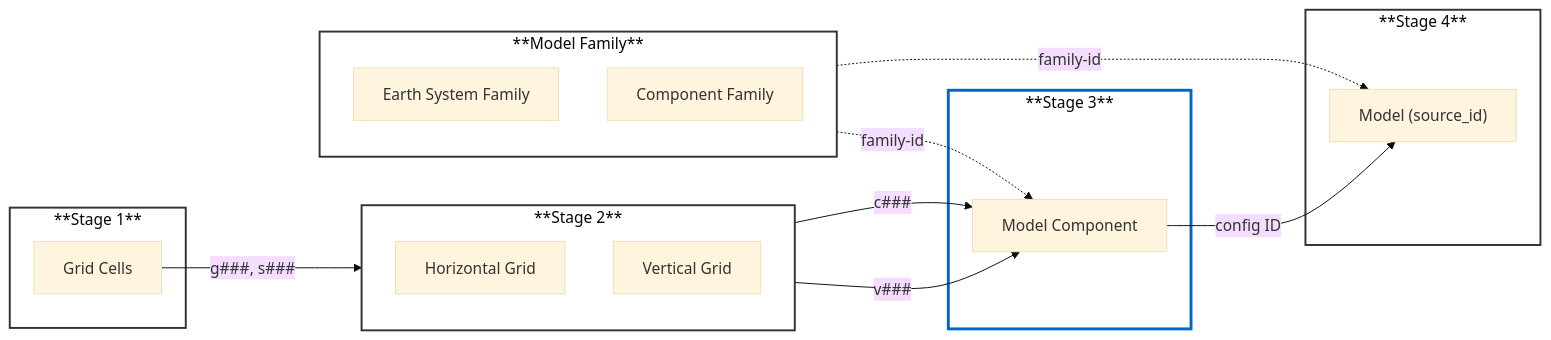
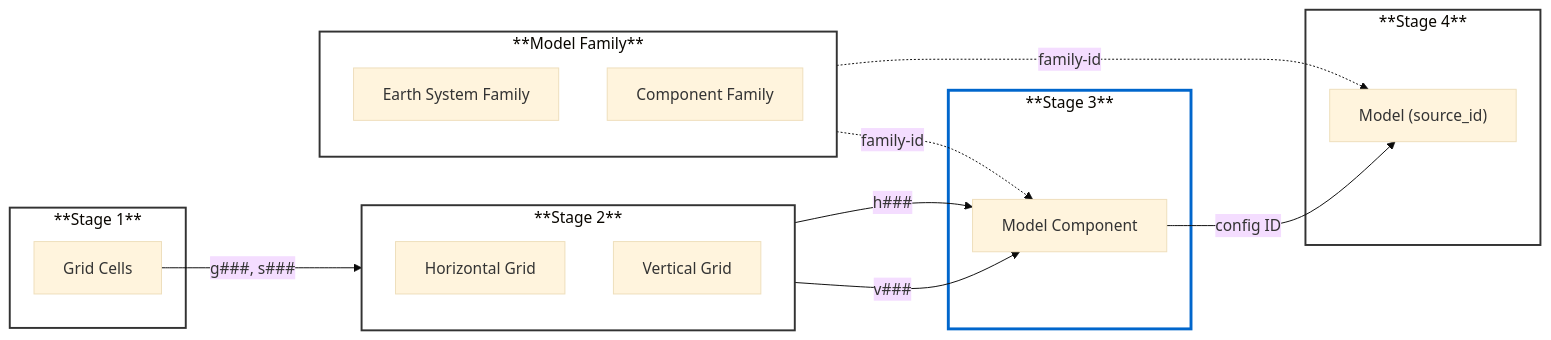
The diagram in .github/README.md (WCRP-CMIP/Essential-Model-Documentation), drawn with Mermaid (base theme) before and after one commit.

Commit message:
Update S2a connection in README diagram

````diff
--- a/.github/README.md
+++ b/.github/README.md
@@ -21,54 +21,54 @@
 ```mermaid
 flowchart LR
     %% HIGHLIGHT A STAGE: Change the style at the bottom to highlight
     %% Options: Stage1, Stage2, MF, Stage3, Stage4
 
     subgraph Stage1["**Stage 1**"]
         S1["Grid Cells"]
     end
 
     subgraph Stage2["**Stage 2**"]
         direction TB
         S2a["Horizontal Grid"]
         S2b["Vertical Grid"]
     end
 
     subgraph MF["**Model Family**"]
         direction TB
         ESM["Earth System Family"]
         CF["Component Family"]
     end
 
     subgraph Stage3["**Stage 3**"]
         S3["Model Component"]
     end
 
     subgraph Stage4["**Stage 4**"]
         S4["Model (source_id)"]
     end
 
     S1 -->|g###, s###| S2a
-    S2a -->|c###| S3
+    S2a -->|h###| S3
     S2b -->|v###| S3
     S3 -->|config ID| S4
     ESM -.->|family-id| S4
     CF -.->|family-id| S3
 
     click S1 "https://github.com/WCRP-CMIP/Essential-Model-Documentation/issues/new?template=horizontal_grid_cell.yml" _blank
     click S2a "https://github.com/WCRP-CMIP/Essential-Model-Documentation/issues/new?template=horizontal_computational_grid.yml" _blank
     click S2b "https://github.com/WCRP-CMIP/Essential-Model-Documentation/issues/new?template=vertical_computational_grid.yml" _blank
     click S3 "https://github.com/WCRP-CMIP/Essential-Model-Documentation/issues/new?template=model_component.yml" _blank
     click S4 "https://github.com/WCRP-CMIP/Essential-Model-Documentation/issues/new?template=model.yml" _blank
     click ESM "https://github.com/WCRP-CMIP/Essential-Model-Documentation/issues/new?template=model_family.yml" _blank
     click CF "https://github.com/WCRP-CMIP/Essential-Model-Documentation/issues/new?template=model_family.yml" _blank
 
     %% DEFAULT STYLES
     style Stage1 stroke:#333,stroke-width:2px,fill:none
     style Stage2 stroke:#333,stroke-width:2px,fill:none
     style MF stroke:#333,stroke-width:2px,fill:none
     style Stage3 stroke:#333,stroke-width:2px,fill:none
     style Stage4 stroke:#333,stroke-width:2px,fill:none
 
     %% HIGHLIGHT - Edit this line to change highlight (comment out for no highlight)
     style Stage3 stroke:#0066cc,stroke-width:3px,fill:none
 ```
````
